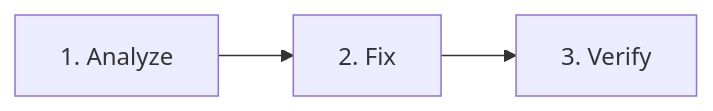
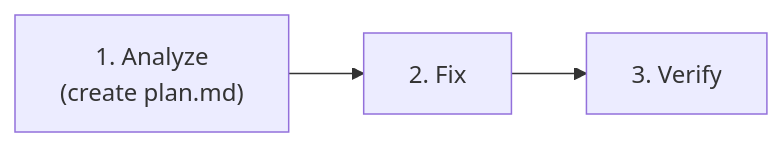
The fourth of 5 diagrams in rv-android/docs/WORKFLOW.md (PAMunb/rvsec), drawn with Mermaid before and after one commit. The commit also changed other lines of this file and 262 other files, not shown here.

````diff
--- a/rv-android/docs/WORKFLOW.md
+++ b/rv-android/docs/WORKFLOW.md
@@ -364,4 +472,4 @@
 ```mermaid
 flowchart LR
-    A["1. Analyze"] --> F["2. Fix"] --> V["3. Verify"]
+    A["1. Analyze\n(create plan.md)"] --> F["2. Fix"] --> V["3. Verify"]
 ```
````
